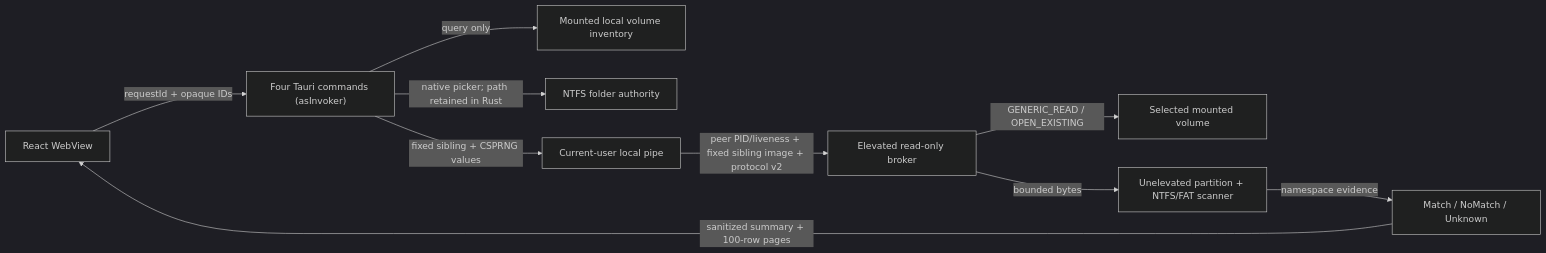
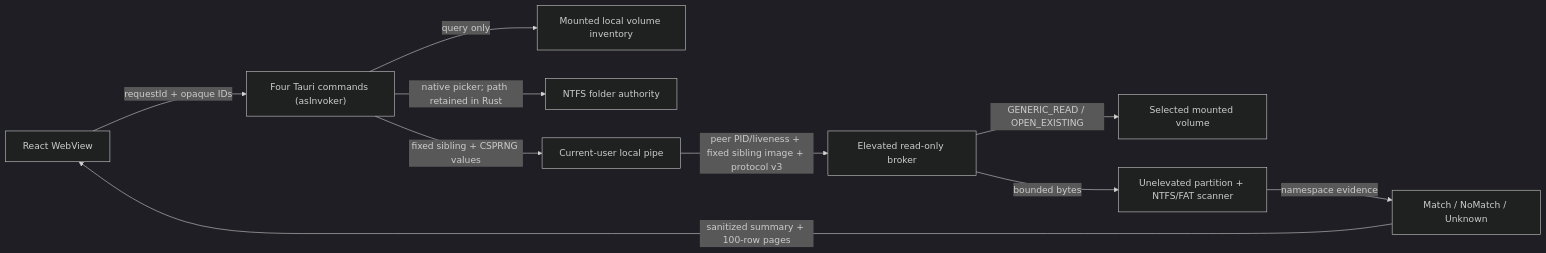
One commit to Fscarpelli/Undelete-Master changed the diagram in docs/threat-model/THREAT_MODEL.md. Above: the diagram before and after it, drawn with Mermaid (dark theme). The commit also changed other lines of this file and 28 other files, not shown here.

````diff
--- a/docs/threat-model/THREAT_MODEL.md
+++ b/docs/threat-model/THREAT_MODEL.md
@@ -18,12 +18,12 @@
 ```mermaid
 flowchart LR
     UI["React WebView"] -->|"requestId + opaque IDs"| Facade["Four Tauri commands (asInvoker)"]
     Facade -->|"query only"| Inventory["Mounted local volume inventory"]
     Facade -->|"native picker; path retained in Rust"| Folder["NTFS folder authority"]
     Facade -->|"fixed sibling + CSPRNG values"| Pipe["Current-user local pipe"]
-    Pipe -->|"peer PID/liveness + fixed sibling image + protocol v2"| Broker["Elevated read-only broker"]
+    Pipe -->|"peer PID/liveness + fixed sibling image + protocol v3"| Broker["Elevated read-only broker"]
     Broker -->|"GENERIC_READ / OPEN_EXISTING"| Volume["Selected mounted volume"]
     Broker -->|"bounded bytes"| Scanner["Unelevated partition + NTFS/FAT scanner"]
     Scanner -->|"namespace evidence"| Filter["Match / NoMatch / Unknown"]
     Filter -->|"sanitized summary + 100-row pages"| UI
 ```
````
